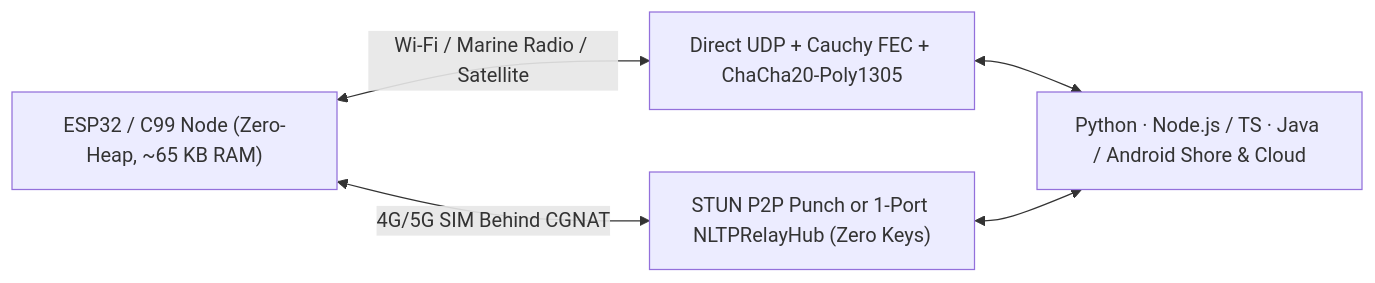
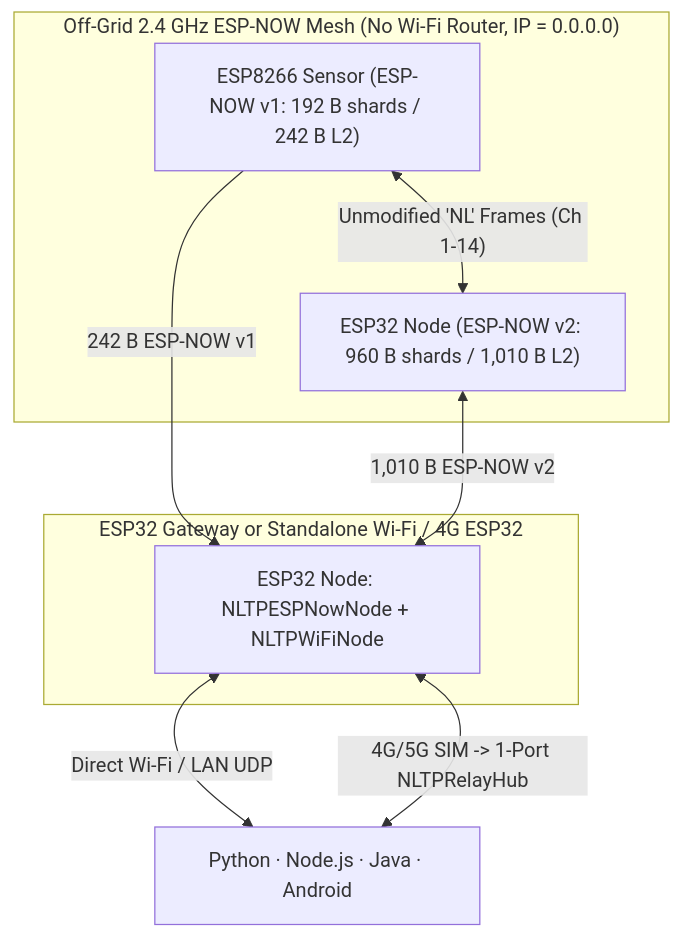
One commit to indian-aman/necklink changed the second of 2 diagrams in packages/nltp/README.md. Above: the diagram before and after it, drawn with Mermaid. The commit also changed other lines of this file and 12 other files, not shown here.

Commit message:
nltp 1.3.2: rewrite general-purpose README, add ESP32 + ESP8266 mesh benchmarks, publish PyPI 1.3.2

````diff
--- a/packages/nltp/README.md
+++ b/packages/nltp/README.md
@@ -45,7 +112,18 @@
 ```mermaid
-flowchart LR
-    A["ESP32 / C99 Node (Zero-Heap, ~65 KB RAM)"] <-->|"Wi-Fi / Marine Radio / Satellite"| B["Direct UDP + Cauchy FEC + ChaCha20-Poly1305"]
-    B <--> C["Python · Node.js / TS · Java / Android Shore & Cloud"]
-    A <-->|"4G/5G SIM Behind CGNAT"| D["STUN P2P Punch or 1-Port NLTPRelayHub (Zero Keys)"]
-    D <--> C
+flowchart TB
+    subgraph Mesh["Off-Grid 2.4 GHz ESP-NOW Mesh (No Wi-Fi Router, IP = 0.0.0.0)"]
+        E8266["ESP8266 Sensor (ESP-NOW v1: 192 B shards / 242 B L2)"]
+        E32A["ESP32 Node (ESP-NOW v2: 960 B shards / 1,010 B L2)"]
+        E8266 <-->|"Unmodified 'NL' Frames (Ch 1-14)"| E32A
+    end
+
+    E8266 -->|"242 B ESP-NOW v1"| GW
+    E32A <-->|"1,010 B ESP-NOW v2"| GW
+
+    subgraph Bridge["ESP32 Gateway or Standalone Wi-Fi / 4G ESP32"]
+        GW["ESP32 Node: NLTPESPNowNode + NLTPWiFiNode"]
+    end
+
+    GW <-->|"Direct Wi-Fi / LAN UDP"| SRV["Python · Node.js · Java · Android"]
+    GW <-->|"4G/5G SIM -> 1-Port NLTPRelayHub"| SRV
 ```
````
